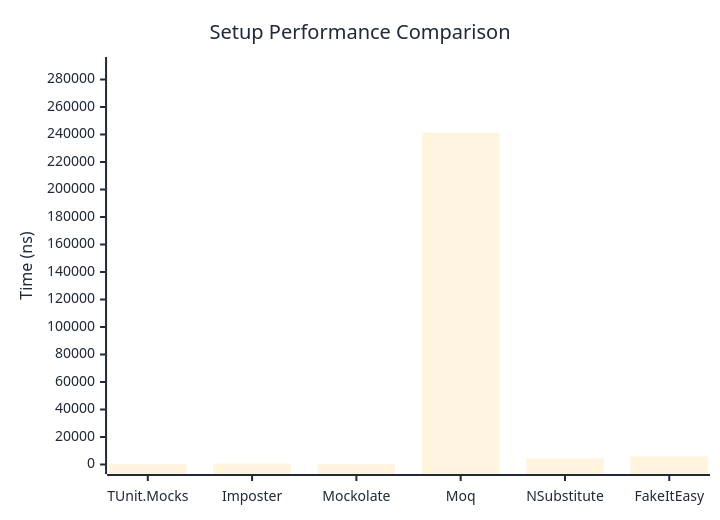
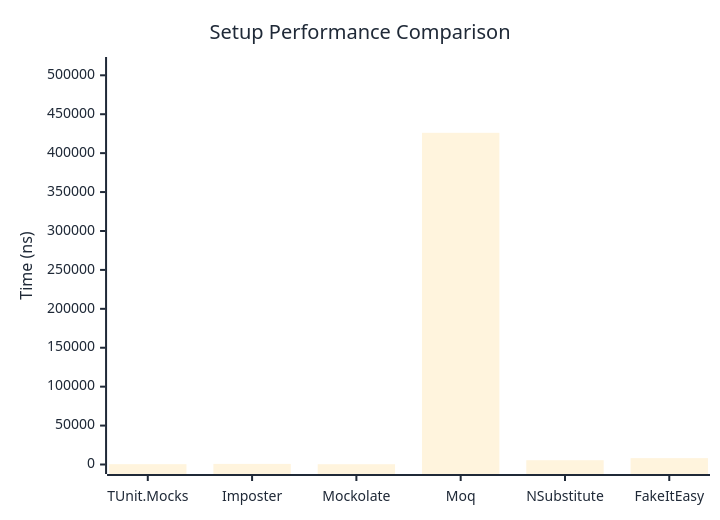
Before and after one commit to weiyilai/TUnit: the first of 2 diagrams in docs/docs/benchmarks/mocks/Setup.md, drawn with Mermaid. The commit also changed other lines of this file and 14 other files, not shown here.

````diff
--- a/docs/docs/benchmarks/mocks/Setup.md
+++ b/docs/docs/benchmarks/mocks/Setup.md
@@ -28,27 +28,27 @@
 ```mermaid
 %%{init: {
   'theme':'base',
   'themeVariables': {
     'primaryColor': '#2563eb',
     'primaryTextColor': '#1f2937',
     'primaryBorderColor': '#1e40af',
     'lineColor': '#6b7280',
     'secondaryColor': '#7c3aed',
     'tertiaryColor': '#dc2626',
     'background': '#ffffff',
     'pie1': '#2563eb',
     'pie2': '#7c3aed',
     'pie3': '#dc2626',
     'pie4': '#f59e0b',
     'pie5': '#10b981',
     'pie6': '#06b6d4',
     'pie7': '#ec4899',
     'pie8': '#6366f1'
   }
 }}%%
 xychart-beta
   title "Setup Performance Comparison"
   x-axis ["TUnit.Mocks", "Imposter", "Mockolate", "Moq", "NSubstitute", "FakeItEasy"]
-  y-axis "Time (ns)" 0 --> 289452
-  bar [362.5, 668.3, 298.6, 241209.7, 4431.4, 5799.6]
+  y-axis "Time (ns)" 0 --> 511304
+  bar [420.4, 761.4, 361.2, 426086.4, 5499.1, 8184.3]
 ```
````
